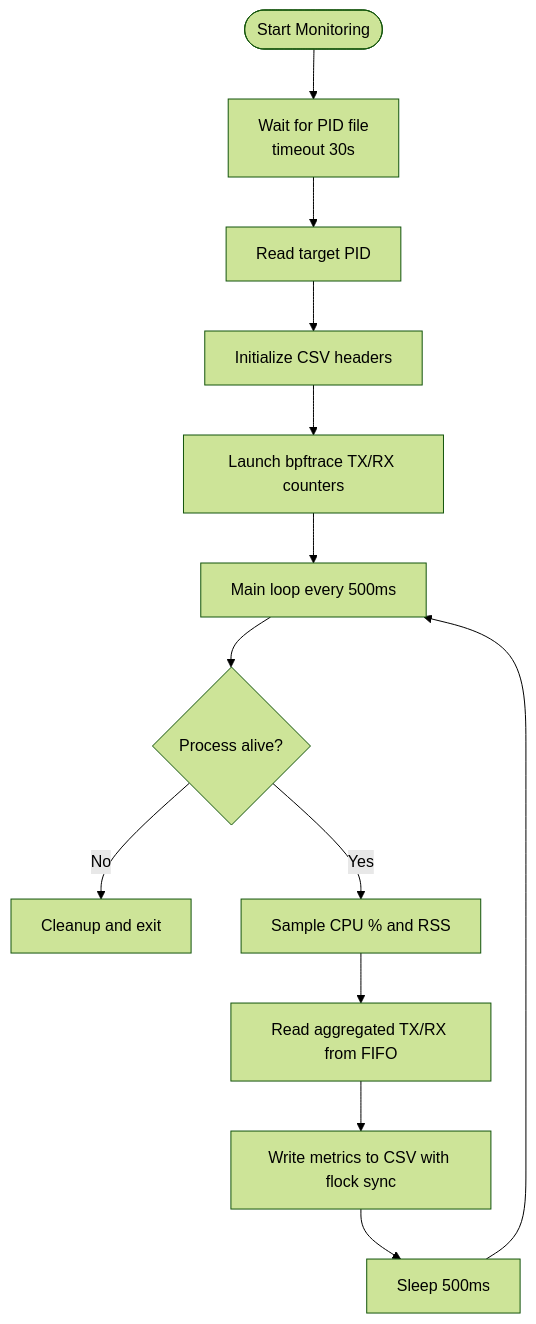
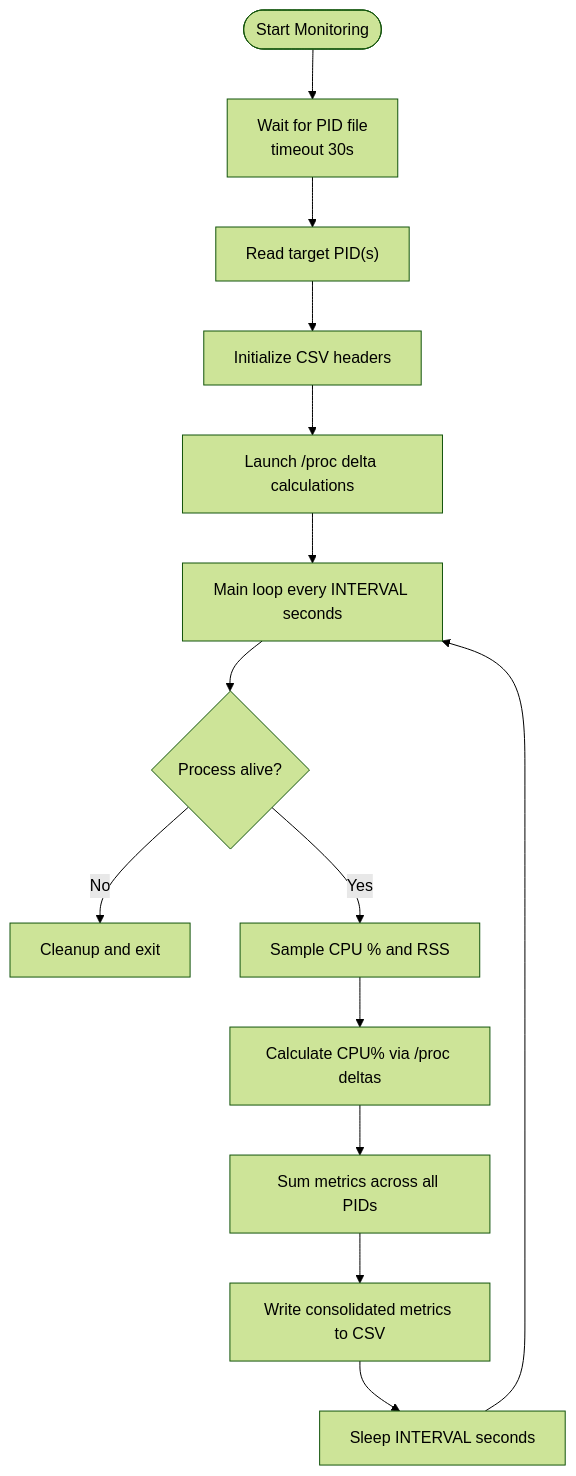
Before and after one commit to Fogus-Gr/MeasurementsDTs: the fourth of 10 diagrams in .qoder/repowiki/en/content/Monitoring and Analytics/Performance Monitoring.md, drawn with Mermaid (forest theme). The commit also changed other lines of this file and 10 other files, not shown here.

````diff
--- a/.qoder/repowiki/en/content/Monitoring and Analytics/Performance Monitoring.md
+++ b/.qoder/repowiki/en/content/Monitoring and Analytics/Performance Monitoring.md
@@ -145,15 +178,16 @@
 ```mermaid
 flowchart TD
 Start(["Start Monitoring"]) --> WaitPID["Wait for PID file<br/>timeout 30s"]
-WaitPID --> ReadPID["Read target PID"]
+WaitPID --> ReadPID["Read target PID(s)"]
 ReadPID --> InitCSV["Initialize CSV headers"]
-InitCSV --> LaunchBPF["Launch bpftrace TX/RX counters"]
-LaunchBPF --> Loop["Main loop every 500ms"]
+InitCSV --> LaunchProc["Launch /proc delta calculations"]
+LaunchProc --> Loop["Main loop every INTERVAL seconds"]
 Loop --> CheckPID{"Process alive?"}
 CheckPID --> |No| Cleanup["Cleanup and exit"]
-CheckPID --> |Yes| SamplePS["Sample CPU % and RSS"]
-SamplePS --> ReadFIFO["Read aggregated TX/RX from FIFO"]
-ReadFIFO --> WriteCSV["Write metrics to CSV with flock sync"]
-WriteCSV --> Sleep["Sleep 500ms"]
+CheckPID --> |Yes| SampleProc["Sample CPU % and RSS"]
+SampleProc --> CalcDelta["Calculate CPU% via /proc deltas"]
+CalcDelta --> SumTotals["Sum metrics across all PIDs"]
+SumTotals --> WriteCSV["Write consolidated metrics to CSV"]
+WriteCSV --> Sleep["Sleep INTERVAL seconds"]
 Sleep --> Loop
 ```
````
